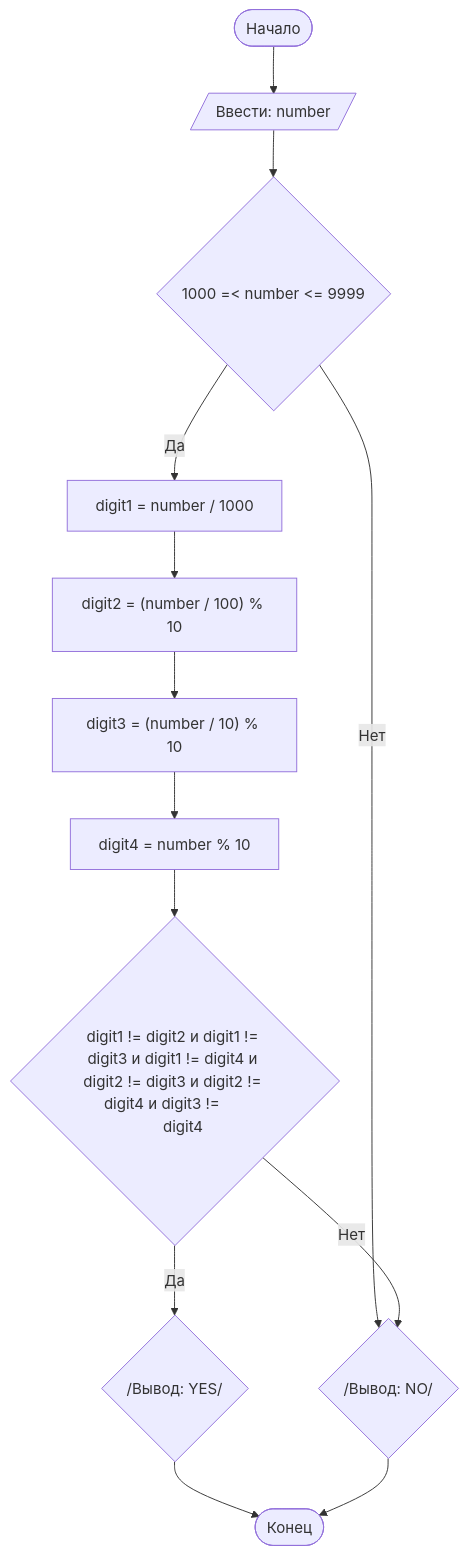
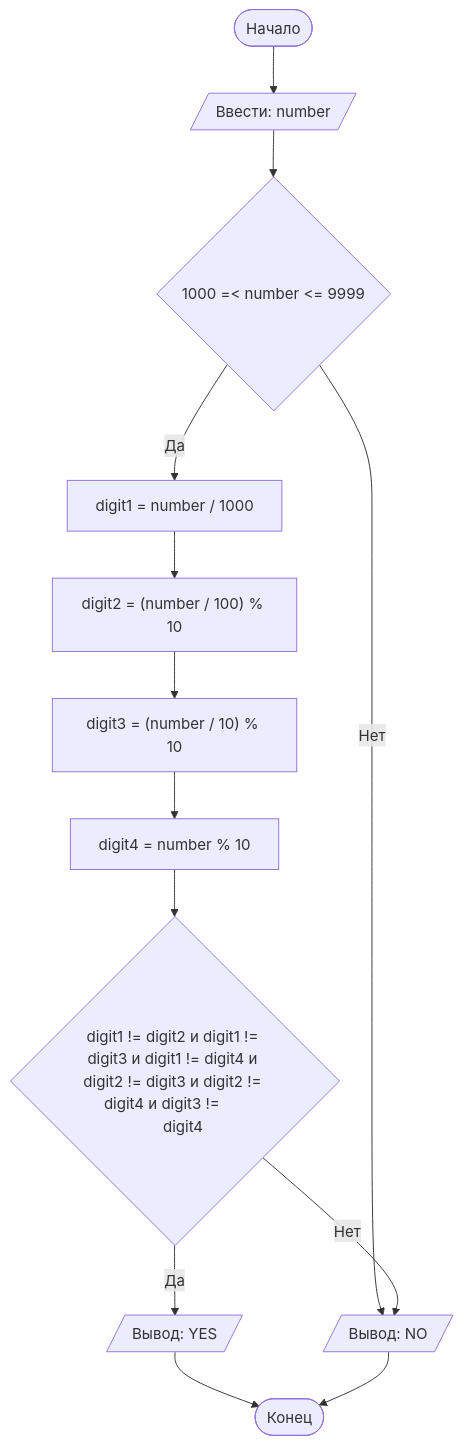
The diagram in README.md (Vladislav3108/Lab27), drawn with Mermaid before and after one commit.

Commit message:
README.md

````diff
--- a/README.md
+++ b/README.md
@@ -82,17 +82,17 @@
 ```mermaid
 graph TD
     A([Начало]) --> B[/Ввести: number/]
     B --> C{1000 =< number <= 9999}
-    C -- Нет --> D{/Вывод: NO/}
+    C -- Нет --> D[/Вывод: NO/]
     C -- Да --> I[digit1 = number / 1000]
     I --> J["digit2 = (number / 100) % 10"]
     J --> K["digit3 = (number / 10) % 10"]
     K --> L["digit4 = number % 10"]
     L --> F{digit1 != digit2 и digit1 != digit3 и digit1 != digit4 и digit2 != digit3 и digit2 != digit4 и digit3 !=      
     digit4}
-    F -- Да --> G{/Вывод: YES/}
+    F -- Да --> G[/Вывод: YES/]
     F -- Нет --> D
     G --> Z
     D --> Z([Конец])
 
 ```
````
